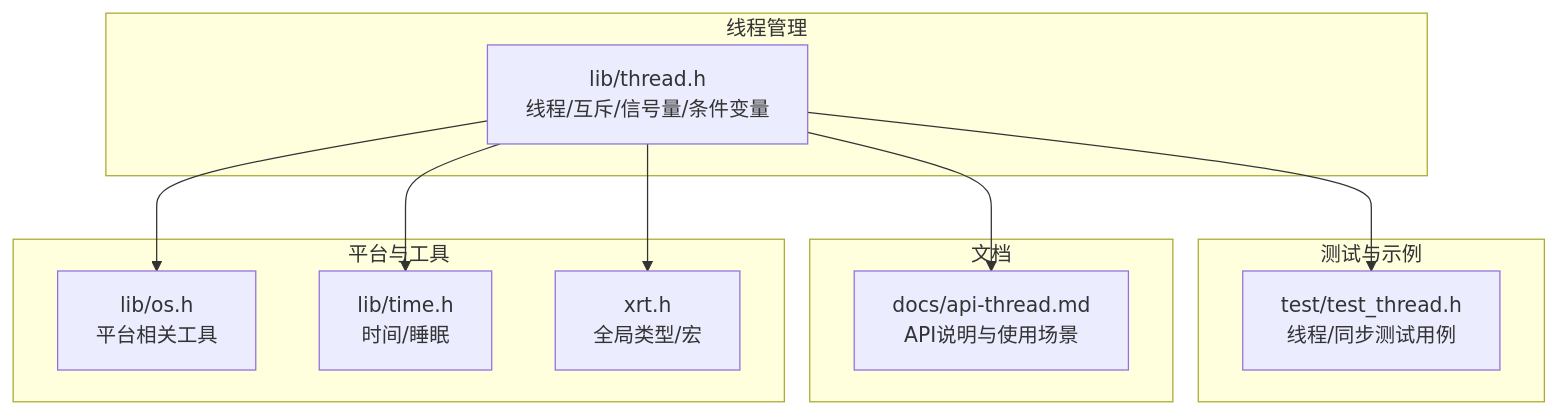
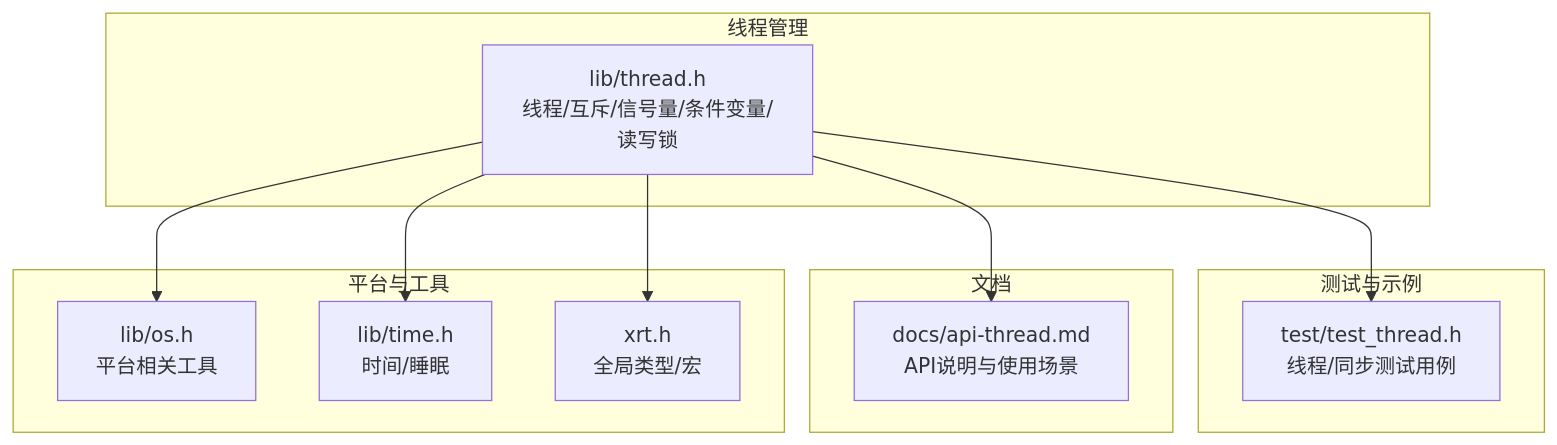
The first of 9 diagrams in .qoder/repowiki/zh/content/核心功能模块/系统交互层/线程管理模块.md (xywhsoft/xrt), drawn with Mermaid before and after one commit. The commit also changed other lines of this file and 36 other files, not shown here.

````diff
--- a/.qoder/repowiki/zh/content/核心功能模块/系统交互层/线程管理模块.md
+++ b/.qoder/repowiki/zh/content/核心功能模块/系统交互层/线程管理模块.md
@@ -36,22 +43,22 @@
 ```mermaid
 graph TB
 subgraph "线程管理"
-TH["lib/thread.h<br/>线程/互斥/信号量/条件变量"]
+TH["lib/thread.h<br/>线程/互斥/信号量/条件变量/读写锁"]
 end
 subgraph "测试与示例"
 TT["test/test_thread.h<br/>线程/同步测试用例"]
 end
 subgraph "文档"
 DOC["docs/api-thread.md<br/>API说明与使用场景"]
 end
 subgraph "平台与工具"
 OS["lib/os.h<br/>平台相关工具"]
 TIME["lib/time.h<br/>时间/睡眠"]
 HDR["xrt.h<br/>全局类型/宏"]
 end
 TH --> TT
 TH --> DOC
 TH --> TIME
 TH --> OS
 TH --> HDR
 ```
````
